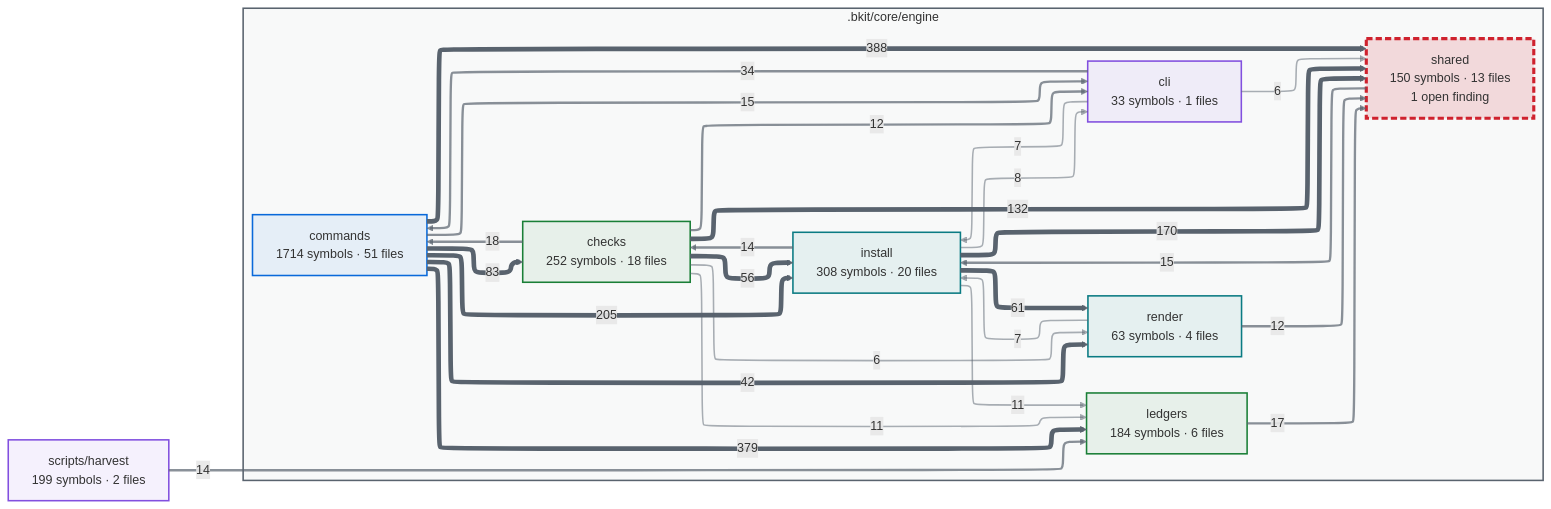
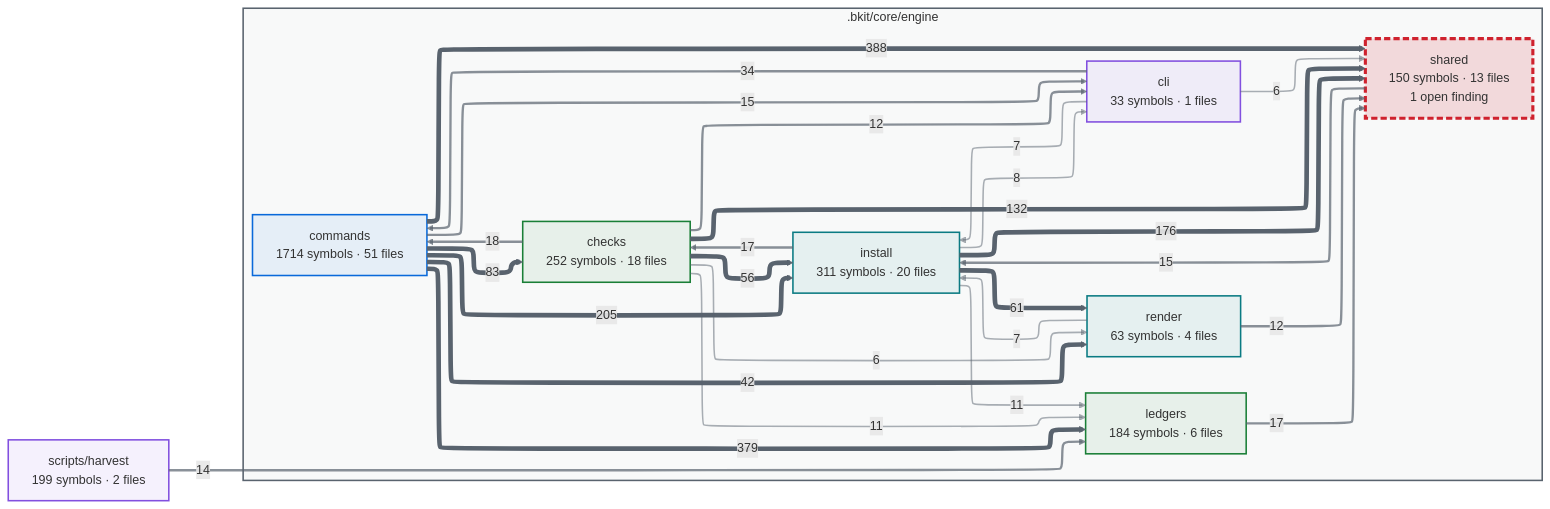
Before and after one commit to cbartens/bkit: the first of 2 diagrams in docs/capabilities.md, drawn with Mermaid. The commit also changed other lines of this file and 9 other files, not shown here.

````diff
--- a/docs/capabilities.md
+++ b/docs/capabilities.md
@@ -154,80 +154,80 @@
 ```mermaid
 ---
 config:
   layout: elk
   themeCSS: "marker { overflow: visible; } marker path { transform: scale(1.8); transform-origin: 5px 5px; }"
   flowchart:
     useMaxWidth: false
 ---
 flowchart LR
   %% Generated by bkit-graphify-rollup.py — do not edit
   subgraph gn_bkit_core_engine[".bkit/core/engine"]
     n_bkit_core_engine_checks["checks<br/>252 symbols · 18 files"]
     n_bkit_core_engine_cli["cli<br/>33 symbols · 1 files"]
     n_bkit_core_engine_commands["commands<br/>1714 symbols · 51 files"]
-    n_bkit_core_engine_install["install<br/>308 symbols · 20 files"]
+    n_bkit_core_engine_install["install<br/>311 symbols · 20 files"]
     n_bkit_core_engine_ledgers["ledgers<br/>184 symbols · 6 files"]
     n_bkit_core_engine_render["render<br/>63 symbols · 4 files"]
     n_bkit_core_engine_shared["shared<br/>150 symbols · 13 files<br/>1 open finding"]
   end
   nscripts_harvest["scripts/harvest<br/>199 symbols · 2 files"]
   n_bkit_core_engine_commands -->|388| n_bkit_core_engine_shared
   n_bkit_core_engine_commands -->|379| n_bkit_core_engine_ledgers
   n_bkit_core_engine_commands -->|205| n_bkit_core_engine_install
-  n_bkit_core_engine_install -->|170| n_bkit_core_engine_shared
+  n_bkit_core_engine_install -->|176| n_bkit_core_engine_shared
   n_bkit_core_engine_checks -->|132| n_bkit_core_engine_shared
   n_bkit_core_engine_commands -->|83| n_bkit_core_engine_checks
   n_bkit_core_engine_install -->|61| n_bkit_core_engine_render
   n_bkit_core_engine_checks -->|56| n_bkit_core_engine_install
   n_bkit_core_engine_commands -->|42| n_bkit_core_engine_render
   n_bkit_core_engine_cli -->|34| n_bkit_core_engine_commands
   n_bkit_core_engine_checks -->|18| n_bkit_core_engine_commands
+  n_bkit_core_engine_install -->|17| n_bkit_core_engine_checks
   n_bkit_core_engine_ledgers -->|17| n_bkit_core_engine_shared
   n_bkit_core_engine_shared -->|15| n_bkit_core_engine_install
   n_bkit_core_engine_commands -->|15| n_bkit_core_engine_cli
-  n_bkit_core_engine_install -->|14| n_bkit_core_engine_checks
   nscripts_harvest -->|14| n_bkit_core_engine_ledgers
   n_bkit_core_engine_checks -->|12| n_bkit_core_engine_cli
   n_bkit_core_engine_render -->|12| n_bkit_core_engine_shared
   n_bkit_core_engine_checks -->|11| n_bkit_core_engine_ledgers
   n_bkit_core_engine_install -->|11| n_bkit_core_engine_ledgers
   n_bkit_core_engine_install -->|8| n_bkit_core_engine_cli
   n_bkit_core_engine_cli -->|7| n_bkit_core_engine_install
   n_bkit_core_engine_render -->|7| n_bkit_core_engine_install
   n_bkit_core_engine_checks -->|6| n_bkit_core_engine_render
   n_bkit_core_engine_cli -->|6| n_bkit_core_engine_shared
   style gn_bkit_core_engine fill:#59636e0a,stroke:#59636e,stroke-width:2px
   style n_bkit_core_engine_checks stroke:#1a7f37,stroke-width:2px,fill:#1a7f3714
   style n_bkit_core_engine_cli stroke:#8250df,stroke-width:2px,fill:#8250df14
   style n_bkit_core_engine_commands stroke:#0969da,stroke-width:2px,fill:#0969da14
   style n_bkit_core_engine_install stroke:#0a7b83,stroke-width:2px,fill:#0a7b8314
   style n_bkit_core_engine_ledgers stroke:#1a7f37,stroke-width:2px,fill:#1a7f3714
   style n_bkit_core_engine_render stroke:#0a7b83,stroke-width:2px,fill:#0a7b8314
   style n_bkit_core_engine_shared stroke:#cf222e,stroke-width:4px,stroke-dasharray:8 4,fill:#cf222e26
   style nscripts_harvest stroke:#8250df,stroke-width:2px,fill:#8250df14
   linkStyle 0 stroke:#59636e,stroke-width:6px
   linkStyle 1 stroke:#59636e,stroke-width:6px
   linkStyle 2 stroke:#59636e,stroke-width:6px
   linkStyle 3 stroke:#59636e,stroke-width:6px
   linkStyle 4 stroke:#59636e,stroke-width:6px
   linkStyle 5 stroke:#59636e,stroke-width:6px
   linkStyle 6 stroke:#59636e,stroke-width:6px
   linkStyle 7 stroke:#59636e,stroke-width:6px
   linkStyle 8 stroke:#59636e,stroke-width:6px
   linkStyle 9 stroke:#59636eb3,stroke-width:3px
   linkStyle 10 stroke:#59636eb3,stroke-width:3px
   linkStyle 11 stroke:#59636eb3,stroke-width:3px
   linkStyle 12 stroke:#59636eb3,stroke-width:3px
   linkStyle 13 stroke:#59636eb3,stroke-width:3px
   linkStyle 14 stroke:#59636eb3,stroke-width:3px
   linkStyle 15 stroke:#59636eb3,stroke-width:3px
   linkStyle 16 stroke:#59636eb3,stroke-width:3px
   linkStyle 17 stroke:#59636eb3,stroke-width:3px
   linkStyle 18 stroke:#59636e80,stroke-width:2px
   linkStyle 19 stroke:#59636e80,stroke-width:2px
   linkStyle 20 stroke:#59636e80,stroke-width:2px
   linkStyle 21 stroke:#59636e80,stroke-width:2px
   linkStyle 22 stroke:#59636e80,stroke-width:2px
   linkStyle 23 stroke:#59636e80,stroke-width:2px
   linkStyle 24 stroke:#59636e80,stroke-width:2px
 ```
````
